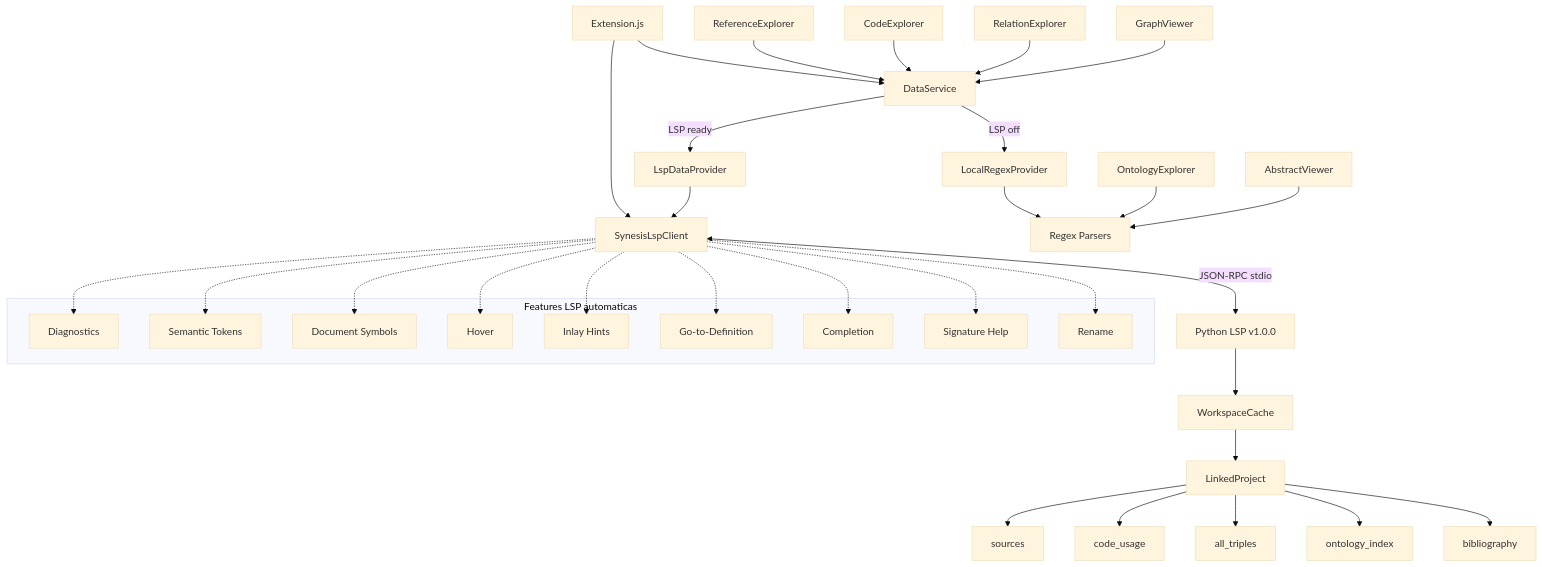
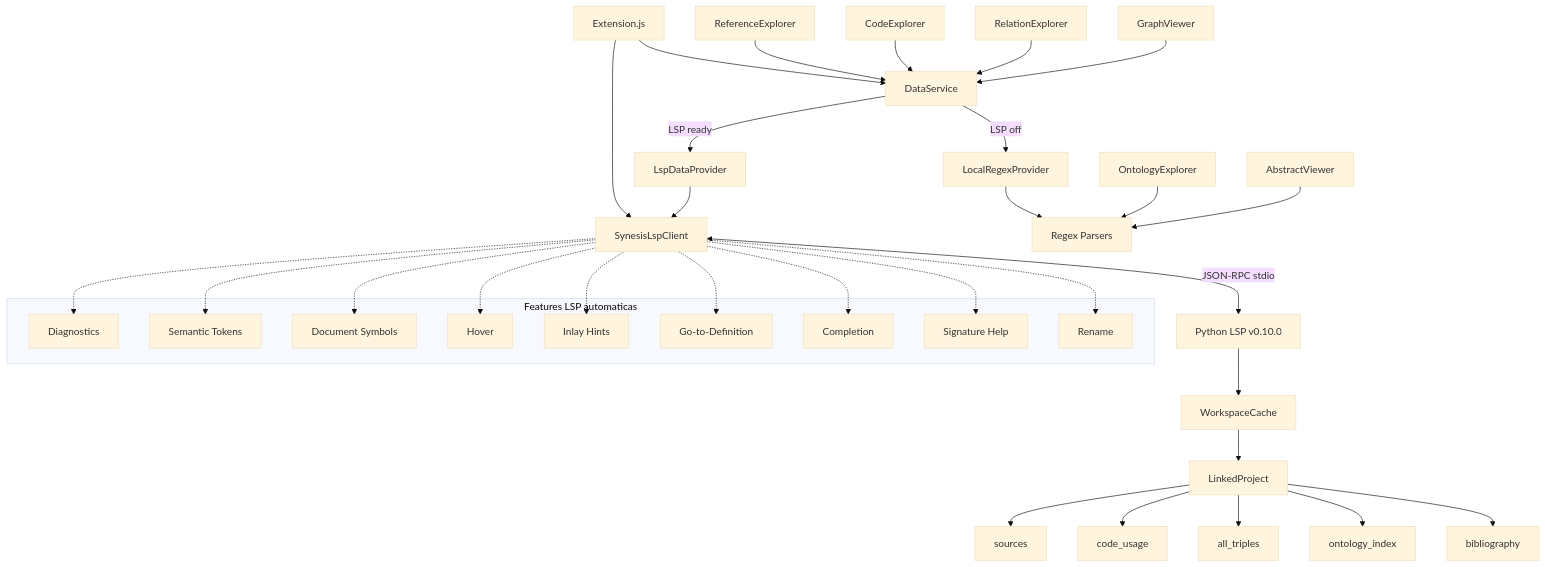
Before and after one commit to synesis-lang/synesis-lsp: the diagram in synesis-explorer-lsp.md, drawn with Mermaid (base theme). The commit also changed other lines of this file and 28 other files, not shown here.

````diff
--- a/synesis-explorer-lsp.md
+++ b/synesis-explorer-lsp.md
@@ -644,51 +652,51 @@
 ```mermaid
 graph TD
     EXT[Extension.js] --> CLIENT[SynesisLspClient]
     EXT --> DATA[DataService]
 
     DATA -->|LSP ready| PROV_LSP[LspDataProvider]
     DATA -->|LSP off| PROV_LOC[LocalRegexProvider]
 
     PROV_LSP --> CLIENT
-    CLIENT <-->|JSON-RPC stdio| SERVER[Python LSP v1.0.0]
+    CLIENT <-->|JSON-RPC stdio| SERVER[Python LSP v0.10.0]
 
     PROV_LOC --> PARSERS[Regex Parsers]
 
     REF[ReferenceExplorer] --> DATA
     CODE[CodeExplorer] --> DATA
     REL[RelationExplorer] --> DATA
     GRAPH[GraphViewer] --> DATA
 
     ONTO[OntologyExplorer] --> PARSERS
     ABS[AbstractViewer] --> PARSERS
 
     SERVER --> CACHE[WorkspaceCache]
     CACHE --> LP[LinkedProject]
     LP --> SOURCES[sources]
     LP --> CODES[code_usage]
     LP --> TRIPLES[all_triples]
     LP --> ONTOLOGY[ontology_index]
     LP --> BIB[bibliography]
 
     subgraph "Features LSP automaticas"
         DIAG[Diagnostics]
         SEM[Semantic Tokens]
         SYM[Document Symbols]
         HOV[Hover]
         INLAY[Inlay Hints]
         DEF[Go-to-Definition]
         COMP[Completion]
         SIG[Signature Help]
         REN[Rename]
     end
 
     CLIENT -.-> DIAG
     CLIENT -.-> SEM
     CLIENT -.-> SYM
     CLIENT -.-> HOV
     CLIENT -.-> INLAY
     CLIENT -.-> DEF
     CLIENT -.-> COMP
     CLIENT -.-> SIG
     CLIENT -.-> REN
 ```
````
